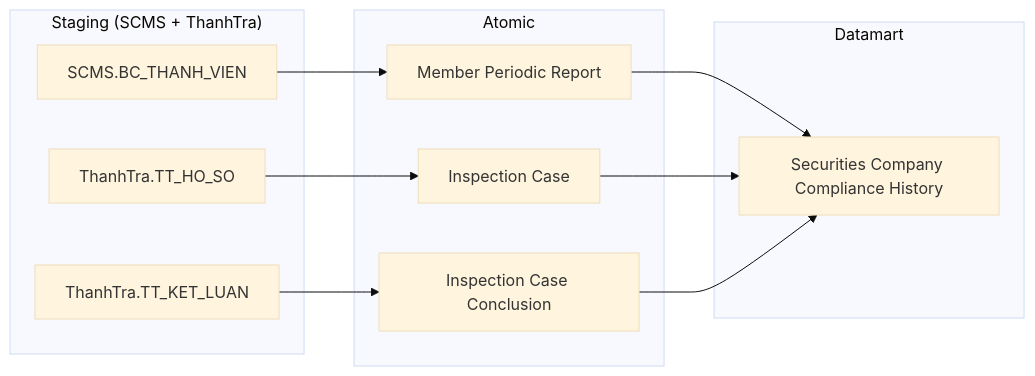
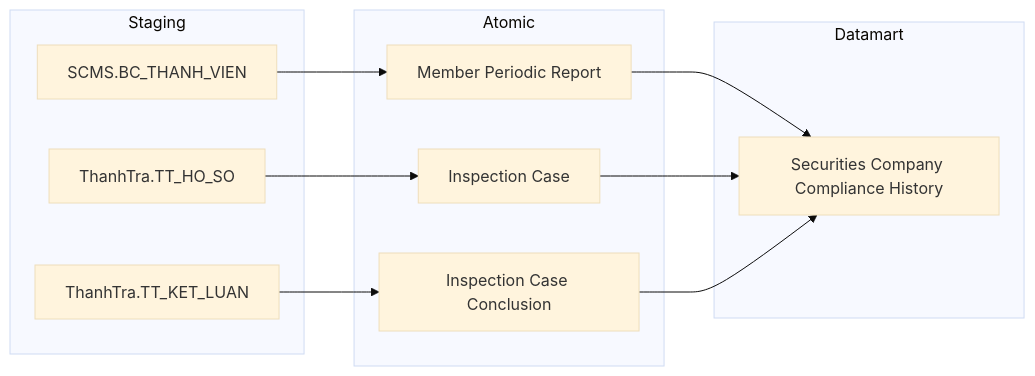
Before and after one commit to linhlvit/ubck_atomic_design: diagram 13 of 40 in Datamart/hld/DTM_QLKD_HLD.md, drawn with Mermaid (base theme). The commit also changed other lines of this file and 7 other files, not shown here.

````diff
--- a/Datamart/hld/DTM_QLKD_HLD.md
+++ b/Datamart/hld/DTM_QLKD_HLD.md
@@ -456,26 +486,26 @@
 ```mermaid
 flowchart LR
-    subgraph SRC["Staging (SCMS + ThanhTra)"]
+    subgraph SRC["Staging"]
         S1["SCMS.BC_THANH_VIEN"]
         S2["ThanhTra.TT_HO_SO"]
         S3["ThanhTra.TT_KET_LUAN"]
     end
 
     subgraph SIL["Atomic"]
         SV1["Member Periodic Report"]
         SV2["Inspection Case"]
         SV3["Inspection Case Conclusion"]
     end
 
     subgraph Datamart["Datamart"]
         G1["Securities Company Compliance History"]
     end
 
     S1 --> SV1
     S2 --> SV2
     S3 --> SV3
 
     SV1 --> G1
     SV2 --> G1
     SV3 --> G1
 ```
````
